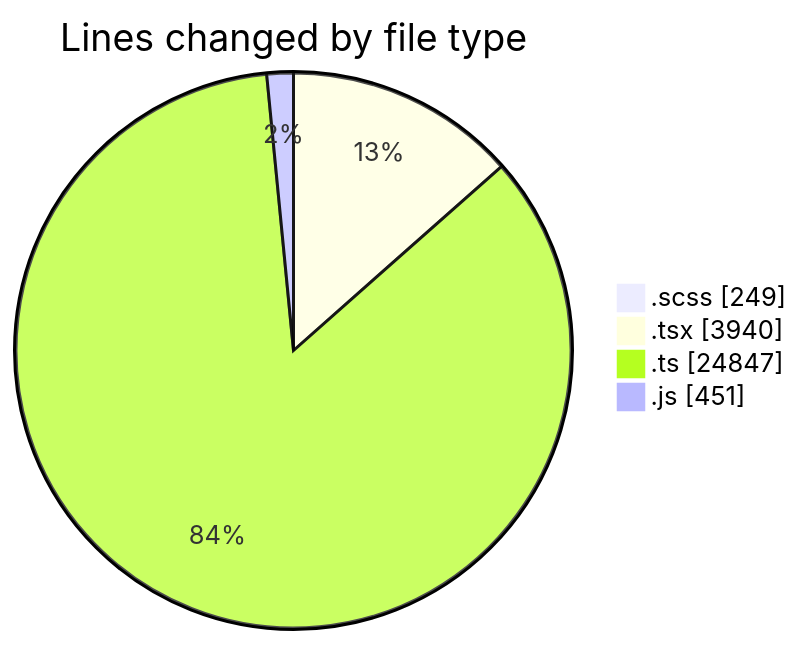
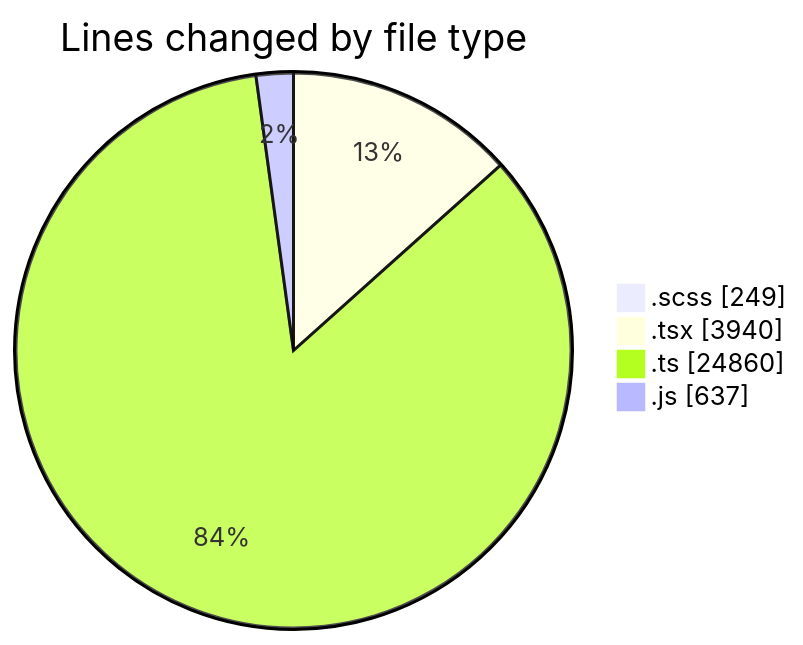
The first of 2 diagrams in 2025-09-26/cda/README.md (momahboobian/code-tracking), drawn with Mermaid before and after one commit. The commit also changed other lines of this file and 1 other file, not shown here.

````diff
--- a/2025-09-26/cda/README.md
+++ b/2025-09-26/cda/README.md
@@ -32,8 +33,8 @@
 ```mermaid
 pie showData
 title Lines changed by file type
 ".scss" : 249
 ".tsx" : 3940
-".ts" : 24847
-".js" : 451
+".ts" : 24860
+".js" : 637
 ```
````
